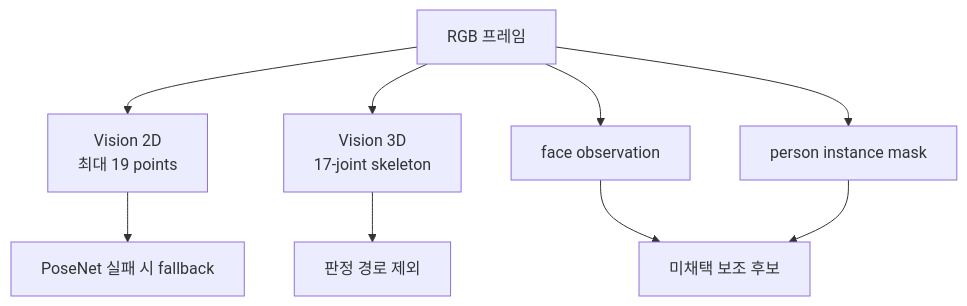
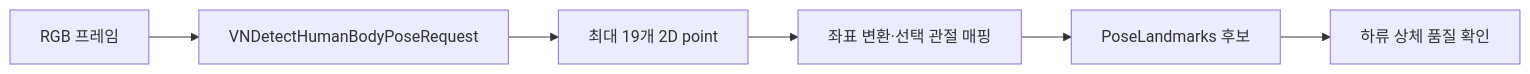
The diagram in docs/algorithm/apple-body-pose/README.md (kimchanhyung98/turtlemeck), drawn with Mermaid before and after one commit. The commit also changed other lines of this file and 84 other files, not shown here.

````diff
--- a/docs/algorithm/apple-body-pose/README.md
+++ b/docs/algorithm/apple-body-pose/README.md
@@ -16,11 +16,8 @@
 ```mermaid
-flowchart TD
-    FRAME["RGB 프레임"] --> V2["Vision 2D<br/>최대 19 points"]
-    FRAME --> V3["Vision 3D<br/>17-joint skeleton"]
-    FRAME --> FACE["face observation"]
-    FRAME --> MASK["person instance mask"]
-    V2 --> FALLBACK["PoseNet 실패 시 fallback"]
-    V3 --> EXCLUDED["판정 경로 제외"]
-    FACE --> NOTUSED["미채택 보조 후보"]
-    MASK --> NOTUSED
+flowchart LR
+    FRAME["RGB 프레임"] --> REQUEST["VNDetectHumanBodyPoseRequest"]
+    REQUEST --> POINTS["최대 19개 2D point"]
+    POINTS --> MAP["좌표 변환·선택 관절 매핑"]
+    MAP --> OUTPUT["PoseLandmarks 후보"]
+    OUTPUT --> GATE["하류 상체 품질 확인"]
 ```
````
